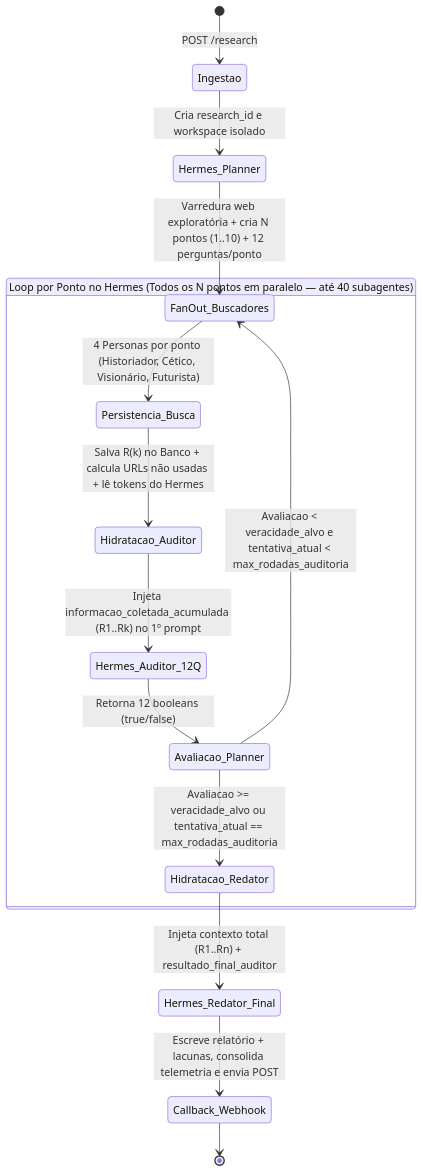
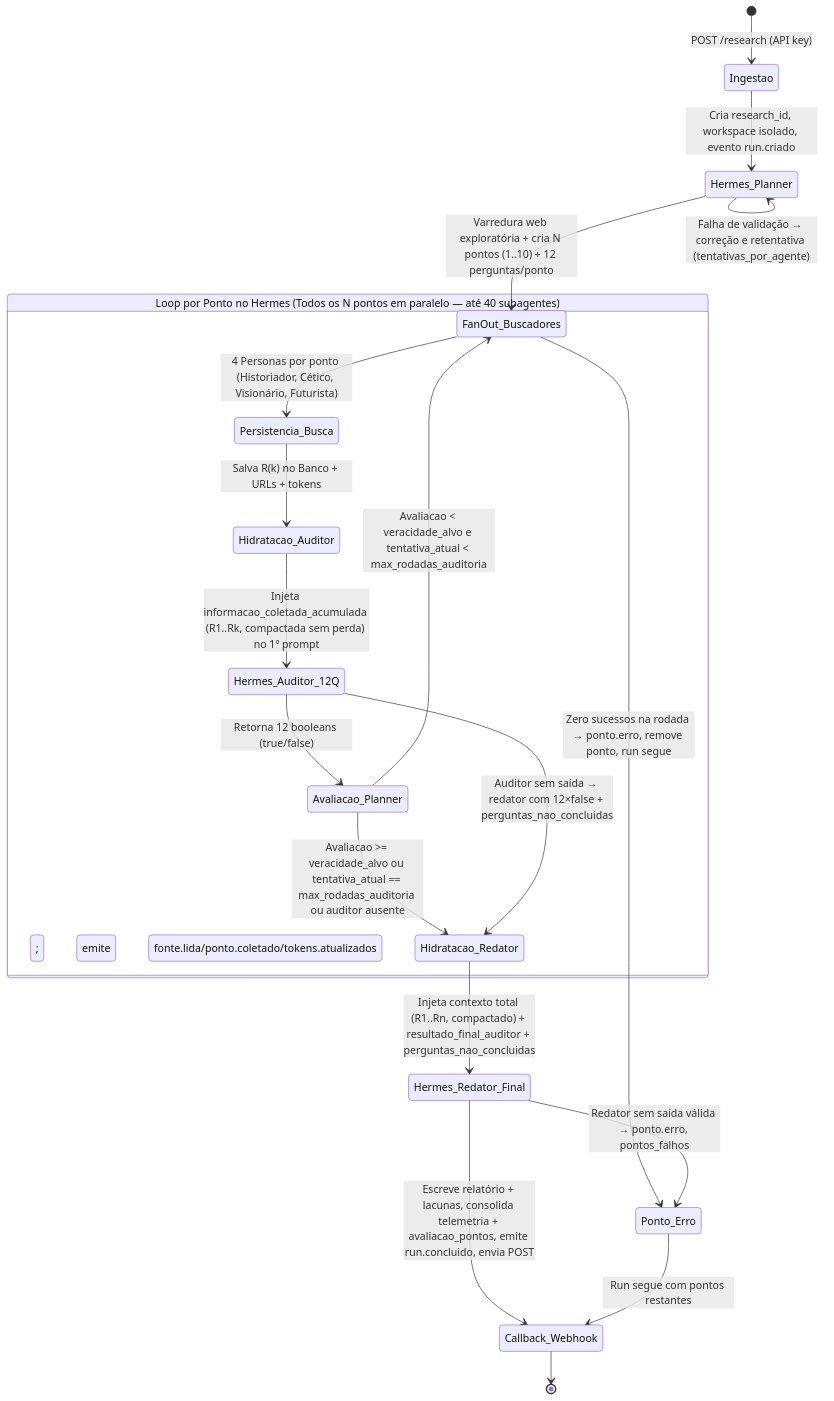
One commit to eliejosuevargas01-stack/Deep-Research changed the diagram in SDD.md. Above: the diagram before and after it, drawn with Mermaid. The commit also changed other lines of this file and 185 other files, not shown here.

Commit message:
feat: fecha pipeline Hermes, auditoria estática e documentação reversa

````diff
--- a/SDD.md
+++ b/SDD.md
@@ -12,19 +20,24 @@
 ```mermaid
 stateDiagram-v2
-    [*] --> Ingestao: POST /research
-    Ingestao --> Hermes_Planner: Cria research_id e workspace isolado
+    [*] --> Ingestao: POST /research (API key)
+    Ingestao --> Hermes_Planner: Cria research_id, workspace isolado, evento run.criado
     Hermes_Planner --> FanOut_Buscadores: Varredura web exploratória + cria N pontos (1..10) + 12 perguntas/ponto
+    Hermes_Planner --> Hermes_Planner: Falha de validação → correção e retentativa (tentativas_por_agente)
 
     state "Loop por Ponto no Hermes (Todos os N pontos em paralelo — até 40 subagentes)" as LoopPonto {
         FanOut_Buscadores --> Persistencia_Busca: 4 Personas por ponto (Historiador, Cético, Visionário, Futurista)
-        Persistencia_Busca --> Hidratacao_Auditor: Salva R(k) no Banco + calcula URLs não usadas + lê tokens do Hermes
-        Hidratacao_Auditor --> Hermes_Auditor_12Q: Injeta informacao_coletada_acumulada (R1..Rk) no 1º prompt
+        Persistencia_Busca --> Hidratacao_Auditor: Salva R(k) no Banco + URLs + tokens; emite fonte.lida/ponto.coletado/tokens.atualizados
+        Hidratacao_Auditor --> Hermes_Auditor_12Q: Injeta informacao_coletada_acumulada (R1..Rk, compactada sem perda) no 1º prompt
         Hermes_Auditor_12Q --> Avaliacao_Planner: Retorna 12 booleans (true/false)
         Avaliacao_Planner --> FanOut_Buscadores: Avaliacao < veracidade_alvo e tentativa_atual < max_rodadas_auditoria
-        Avaliacao_Planner --> Hidratacao_Redator: Avaliacao >= veracidade_alvo ou tentativa_atual == max_rodadas_auditoria
+        Avaliacao_Planner --> Hidratacao_Redator: Avaliacao >= veracidade_alvo ou tentativa_atual == max_rodadas_auditoria ou auditor ausente
     }
 
-    Hidratacao_Redator --> Hermes_Redator_Final: Injeta contexto total (R1..Rn) + resultado_final_auditor
-    Hermes_Redator_Final --> Callback_Webhook: Escreve relatório + lacunas, consolida telemetria e envia POST
+    FanOut_Buscadores --> Ponto_Erro: Zero sucessos na rodada → ponto.erro, remove ponto, run segue
+    Hermes_Auditor_12Q --> Hidratacao_Redator: Auditor sem saída → redator com 12×false + perguntas_nao_concluidas
+    Hidratacao_Redator --> Hermes_Redator_Final: Injeta contexto total (R1..Rn, compactado) + resultado_final_auditor + perguntas_nao_concluidas
+    Hermes_Redator_Final --> Ponto_Erro: Redator sem saída válida → ponto.erro, pontos_falhos
+    Hermes_Redator_Final --> Callback_Webhook: Escreve relatório + lacunas, consolida telemetria + avaliacao_pontos, emite run.concluido, envia POST
+    Ponto_Erro --> Callback_Webhook: Run segue com pontos restantes
     Callback_Webhook --> [*]
 ```
````
